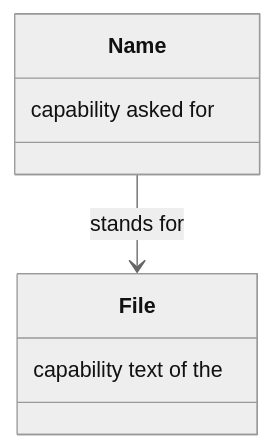
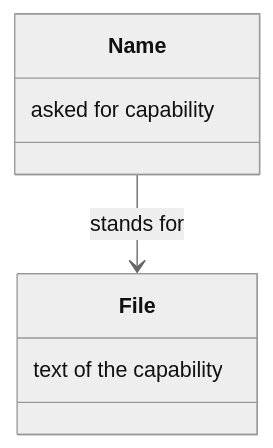
One commit to m2ux/workflow-server changed diagram 16 of 20 in docs/architecture.md. Above: the diagram before and after it, drawn with Mermaid (neutral theme). The commit also changed other lines of this file and 10 other files, not shown here.

Commit message:
Write each class-box note in reading order so the diagram shows the phrase as written.

````diff
--- a/docs/architecture.md
+++ b/docs/architecture.md
@@ -221,10 +221,10 @@
 ```mermaid
 classDiagram
   class Name {
-    capability asked for
+    asked for capability
   }
   class File {
-    capability text of the
+    text of the capability
   }
   Name --> File : stands for
 ```
````
